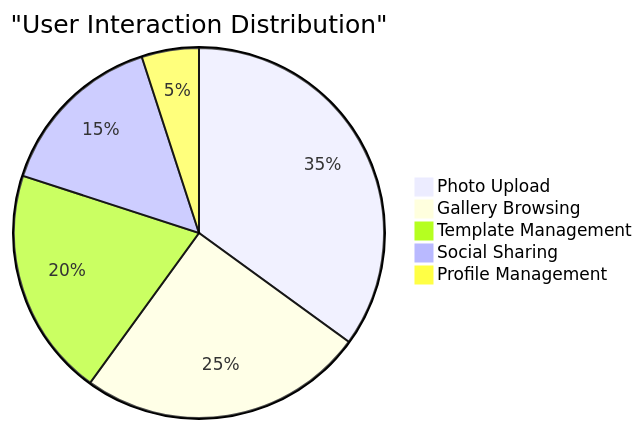
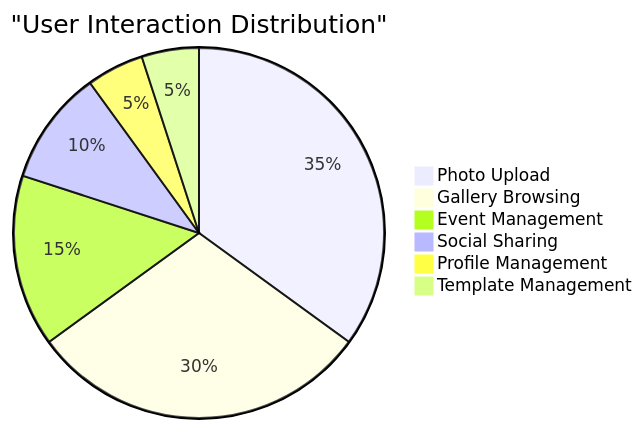
Before and after one commit to mrj0nesmtl/cloud-burst: the third of 4 diagrams in docs/user-flows/user_flow_overview.md, drawn with Mermaid. The commit also changed other lines of this file and 65 other files, not shown here.

````diff
--- a/docs/user-flows/user_flow_overview.md
+++ b/docs/user-flows/user_flow_overview.md
@@ -57,9 +97,10 @@
 ```mermaid
 pie
     title "User Interaction Distribution"
     "Photo Upload" : 35
-    "Gallery Browsing" : 25
-    "Template Management" : 20
-    "Social Sharing" : 15
+    "Gallery Browsing" : 30
+    "Event Management" : 15
+    "Social Sharing" : 10
     "Profile Management" : 5
+    "Template Management" : 5
 ```
````
